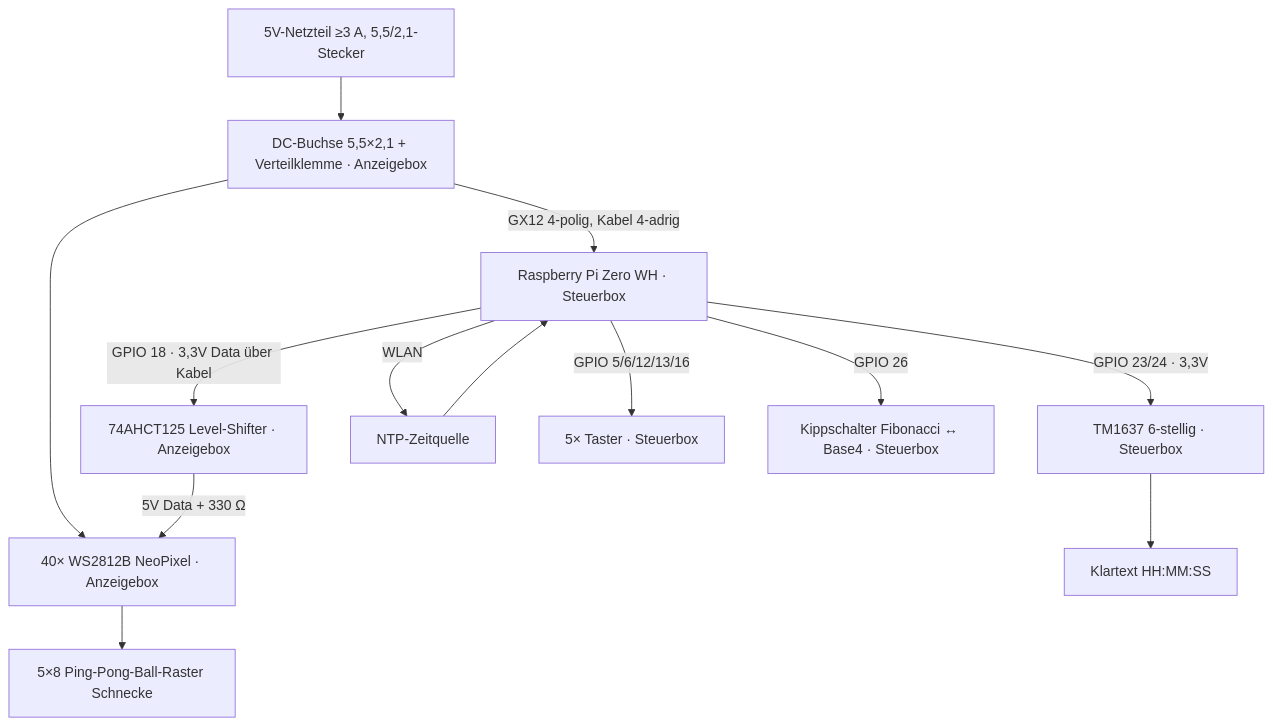
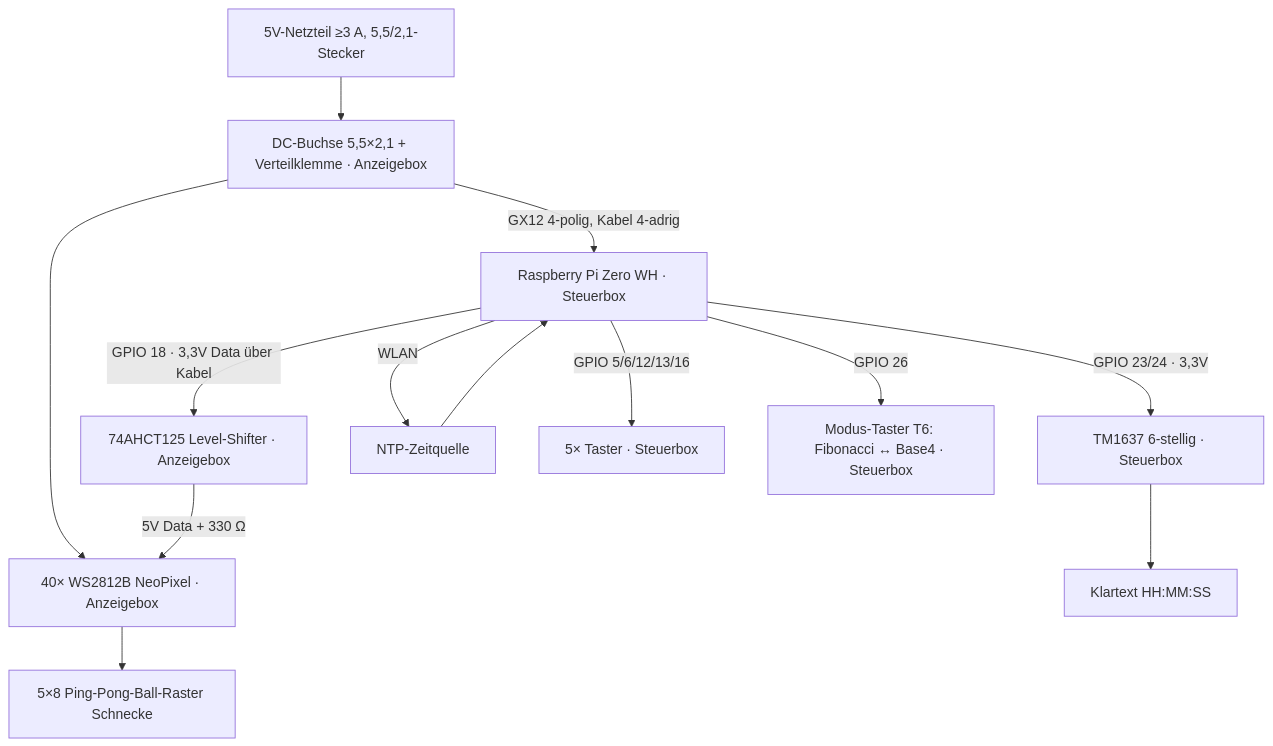
Before and after one commit to Paul-3400/fibonacci-ping-pong-clock: the first of 2 diagrams in docs/Fibonacci_PingPong_Uhr_Bauanleitung.md, drawn with Mermaid. The commit also changed other lines of this file and 1 other file, not shown here.

Commit message:
docs: Modus-Umschalter als 6. Taster (T6) statt Kippschalter (nur Momentary-Taster an Lager; gleiche Verdrahtung GPIO 26 gegen GND, Software-Toggle pro Druck)

````diff
--- a/docs/Fibonacci_PingPong_Uhr_Bauanleitung.md
+++ b/docs/Fibonacci_PingPong_Uhr_Bauanleitung.md
@@ -151,15 +156,15 @@
 ```mermaid
 graph TD
     NET[5V-Netzteil ≥3 A, 5,5/2,1-Stecker] --> KL[DC-Buchse 5,5×2,1 + Verteilklemme · Anzeigebox]
     KL --> B[40× WS2812B NeoPixel · Anzeigebox]
     KL -->|GX12 4-polig, Kabel 4-adrig| A[Raspberry Pi Zero WH · Steuerbox]
     A -->|GPIO 18 · 3,3V Data über Kabel| S[74AHCT125 Level-Shifter · Anzeigebox]
     S -->|5V Data + 330 Ω| B
     A -->|GPIO 23/24 · 3,3V| C[TM1637 6-stellig · Steuerbox]
     A -->|WLAN| D[NTP-Zeitquelle]
     D --> A
     A -->|GPIO 5/6/12/13/16| G[5× Taster · Steuerbox]
-    A -->|GPIO 26| SW[Kippschalter Fibonacci ↔ Base4 · Steuerbox]
+    A -->|GPIO 26| SW[Modus-Taster T6: Fibonacci ↔ Base4 · Steuerbox]
     B --> E[5×8 Ping-Pong-Ball-Raster Schnecke]
     C --> F[Klartext HH:MM:SS]
 ```
````
